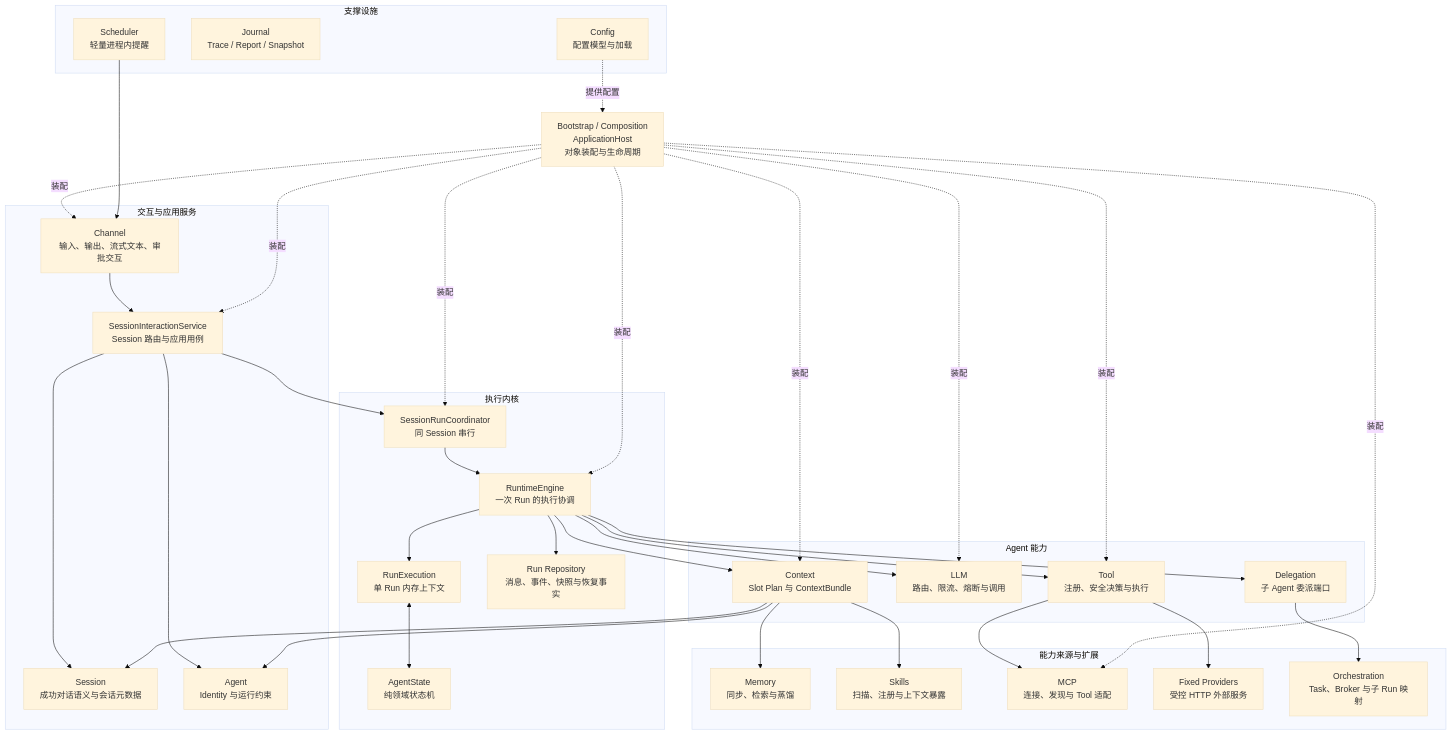
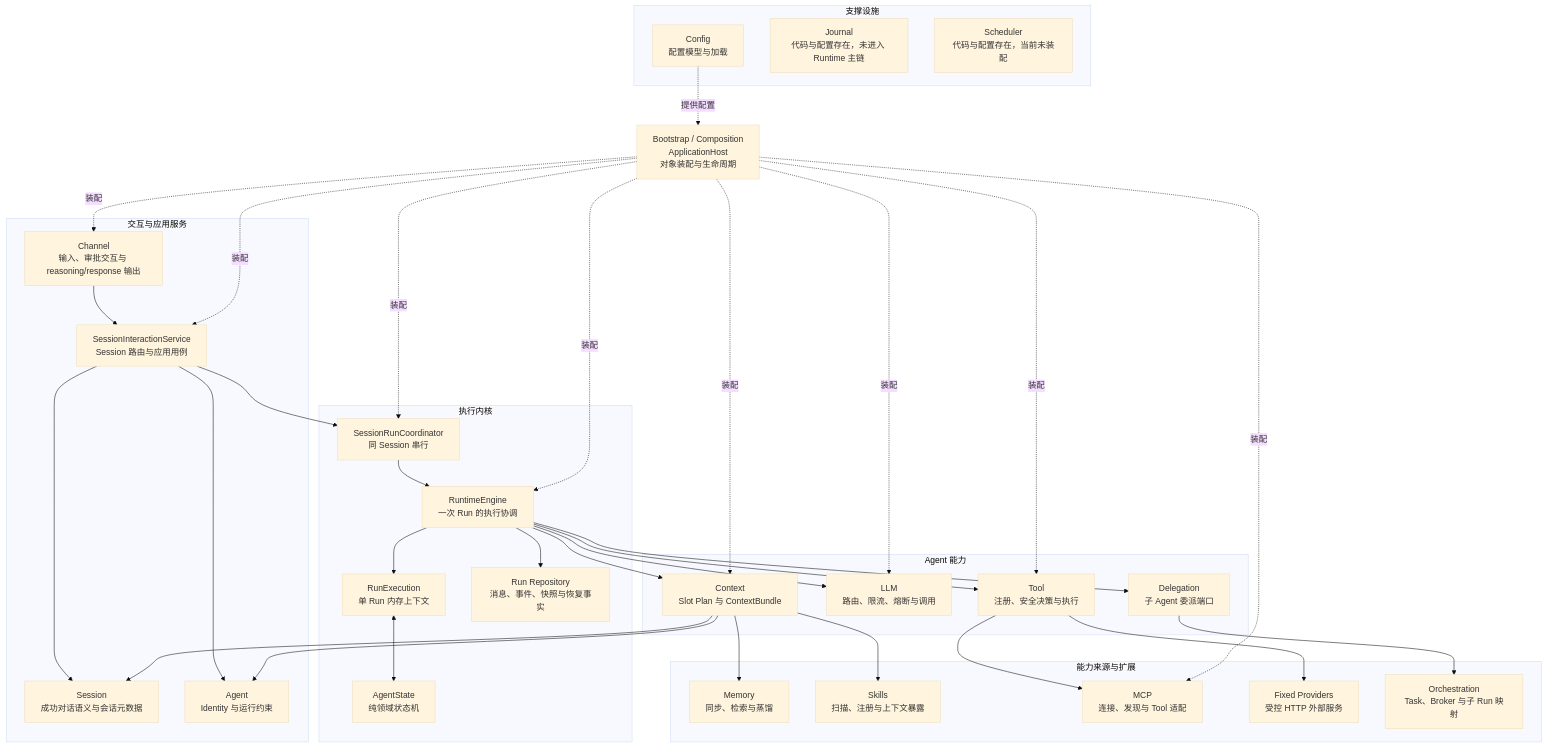
Before and after one commit to aandbcct/dotClaw: the first of 5 diagrams in docs/wiki/readme.md, drawn with Mermaid (base theme). The commit also changed other lines of this file and 24 other files, not shown here.

````diff
--- a/docs/wiki/readme.md
+++ b/docs/wiki/readme.md
@@ -13,76 +13,75 @@
 ```mermaid
 flowchart TB
     Bootstrap["Bootstrap / Composition<br/>ApplicationHost<br/>对象装配与生命周期"]
 
     subgraph Entry["交互与应用服务"]
-        Channel["Channel<br/>输入、输出、流式文本、审批交互"]
+        Channel["Channel<br/>输入、审批交互与 reasoning/response 输出"]
         Interaction["SessionInteractionService<br/>Session 路由与应用用例"]
         Session["Session<br/>成功对话语义与会话元数据"]
         Agent["Agent<br/>Identity 与运行约束"]
     end
 
     subgraph RuntimeCore["执行内核"]
         Coordinator["SessionRunCoordinator<br/>同 Session 串行"]
         Engine["RuntimeEngine<br/>一次 Run 的执行协调"]
         Execution["RunExecution<br/>单 Run 内存上下文"]
         State["AgentState<br/>纯领域状态机"]
         RunFacts["Run Repository<br/>消息、事件、快照与恢复事实"]
     end
 
     subgraph Capabilities["Agent 能力"]
         Context["Context<br/>Slot Plan 与 ContextBundle"]
         LLM["LLM<br/>路由、限流、熔断与调用"]
         Tool["Tool<br/>注册、安全决策与执行"]
         Delegation["Delegation<br/>子 Agent 委派端口"]
     end
 
     subgraph Sources["能力来源与扩展"]
         Memory["Memory<br/>同步、检索与蒸馏"]
         Skills["Skills<br/>扫描、注册与上下文暴露"]
         MCP["MCP<br/>连接、发现与 Tool 适配"]
         Providers["Fixed Providers<br/>受控 HTTP 外部服务"]
         Orchestration["Orchestration<br/>Task、Broker 与子 Run 映射"]
     end
 
     subgraph Support["支撑设施"]
         Config["Config<br/>配置模型与加载"]
-        Journal["Journal<br/>Trace / Report / Snapshot"]
-        Scheduler["Scheduler<br/>轻量进程内提醒"]
+        Journal["Journal<br/>代码与配置存在，未进入 Runtime 主链"]
+        Scheduler["Scheduler<br/>代码与配置存在，当前未装配"]
     end
 
     Channel --> Interaction
     Interaction --> Coordinator
     Interaction --> Session
     Interaction --> Agent
 
     Coordinator --> Engine
     Engine --> Execution
     Execution <--> State
     Engine --> RunFacts
 
     Engine --> Context
     Engine --> LLM
     Engine --> Tool
     Engine --> Delegation
 
     Context --> Memory
     Context --> Skills
     Context --> Agent
     Context --> Session
 
     Tool --> MCP
     Tool --> Providers
     Delegation --> Orchestration
 
     Bootstrap -.装配.-> Channel
     Bootstrap -.装配.-> Interaction
     Bootstrap -.装配.-> Coordinator
     Bootstrap -.装配.-> Engine
     Bootstrap -.装配.-> Context
     Bootstrap -.装配.-> LLM
     Bootstrap -.装配.-> Tool
     Bootstrap -.装配.-> MCP
 
     Config -.提供配置.-> Bootstrap
-    Scheduler --> Channel
 ```
````
